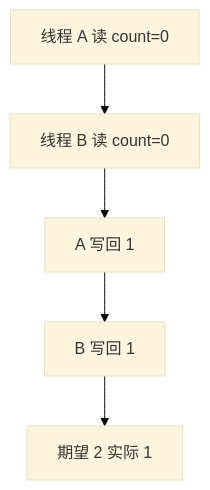
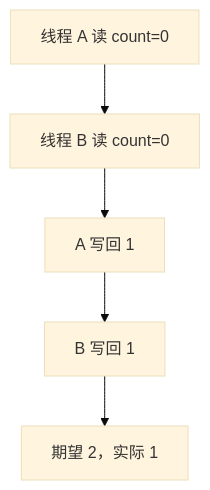
One commit to l552177239/my-note changed the fifth of 14 diagrams in docs/02.后端/01.Java/16.Java 多线程与并发.md. Above: the diagram before and after it, drawn with Mermaid (base theme). The commit also changed other lines of this file, not shown here.

````diff
--- a/docs/02.后端/01.Java/16.Java 多线程与并发.md
+++ b/docs/02.后端/01.Java/16.Java 多线程与并发.md
@@ -270,7 +277,7 @@
 ```mermaid
 flowchart TD
     A["线程 A 读 count=0"] --> B["线程 B 读 count=0"]
     B --> C["A 写回 1"]
     C --> D["B 写回 1"]
-    D --> E["期望 2 实际 1"]
+    D --> E["期望 2，实际 1"]
 ```
````
